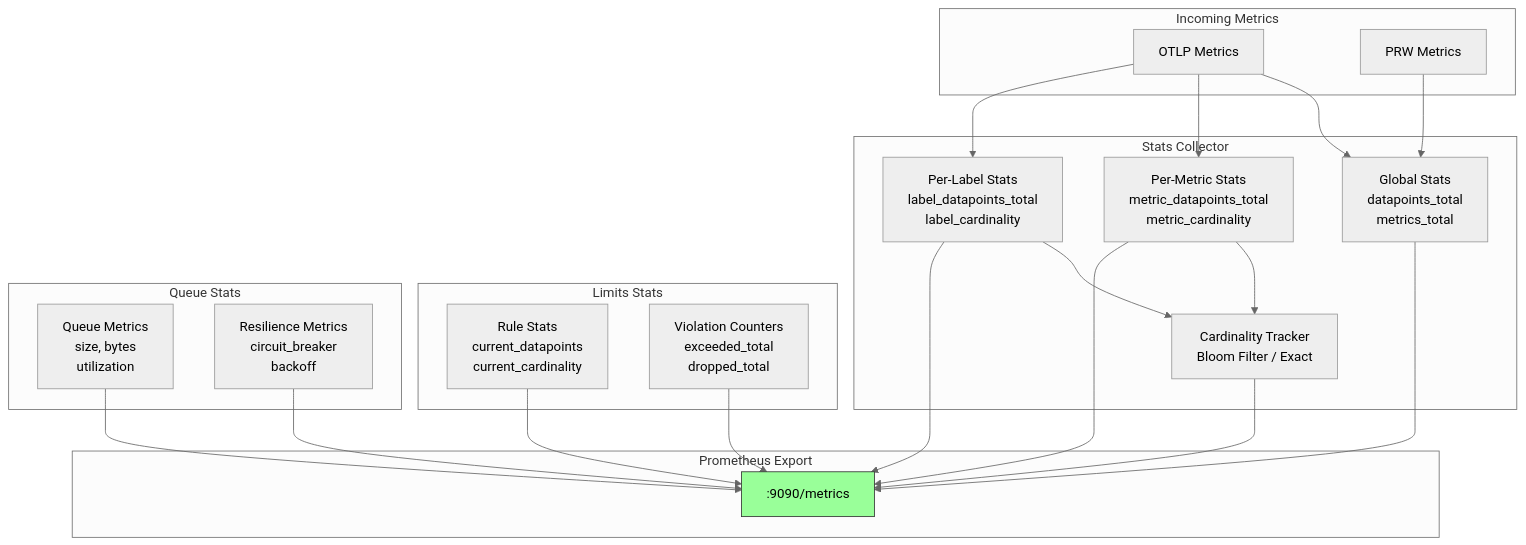
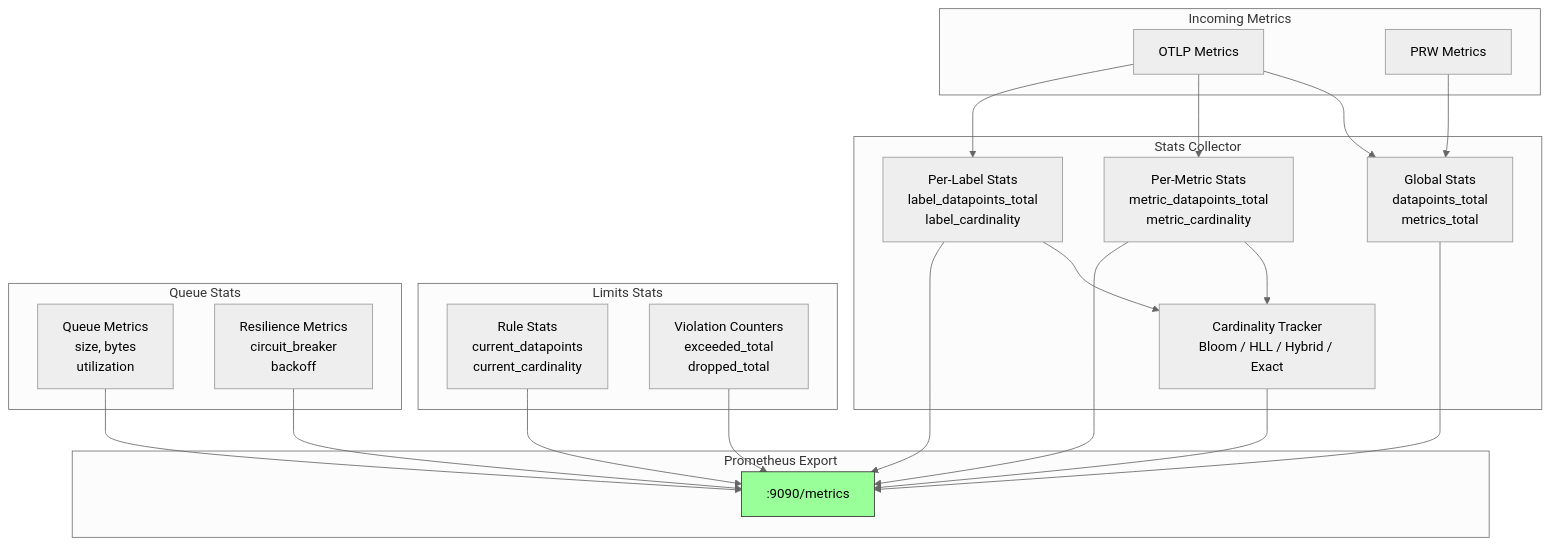
Before and after one commit to szibis/metrics-governor: the first of 2 diagrams in docs/statistics.md, drawn with Mermaid (neutral theme). The commit also changed other lines of this file and 32 other files, not shown here.

````diff
--- a/docs/statistics.md
+++ b/docs/statistics.md
@@ -7,47 +7,47 @@
 ```mermaid
 flowchart TB
     subgraph Input["Incoming Metrics"]
         OTLP[OTLP Metrics]
         PRW[PRW Metrics]
     end
 
     subgraph Stats["Stats Collector"]
         Global[Global Stats<br/>datapoints_total<br/>metrics_total]
         PerMetric[Per-Metric Stats<br/>metric_datapoints_total<br/>metric_cardinality]
         PerLabel[Per-Label Stats<br/>label_datapoints_total<br/>label_cardinality]
-        Cardinality[Cardinality Tracker<br/>Bloom Filter / Exact]
+        Cardinality[Cardinality Tracker<br/>Bloom / HLL / Hybrid / Exact]
     end
 
     subgraph Limits["Limits Stats"]
         RuleStats[Rule Stats<br/>current_datapoints<br/>current_cardinality]
         Violations[Violation Counters<br/>exceeded_total<br/>dropped_total]
     end
 
     subgraph Queue["Queue Stats"]
         QueueSize[Queue Metrics<br/>size, bytes<br/>utilization]
         Resilience[Resilience Metrics<br/>circuit_breaker<br/>backoff]
     end
 
     subgraph Export["Prometheus Export"]
         Endpoint[":9090/metrics"]
     end
 
     OTLP --> Global
     OTLP --> PerMetric
     OTLP --> PerLabel
     PRW --> Global
 
     PerMetric --> Cardinality
     PerLabel --> Cardinality
 
     Global --> Endpoint
     PerMetric --> Endpoint
     PerLabel --> Endpoint
     Cardinality --> Endpoint
     RuleStats --> Endpoint
     Violations --> Endpoint
     QueueSize --> Endpoint
     Resilience --> Endpoint
 
     style Endpoint fill:#9f9,stroke:#333
 ```
````
